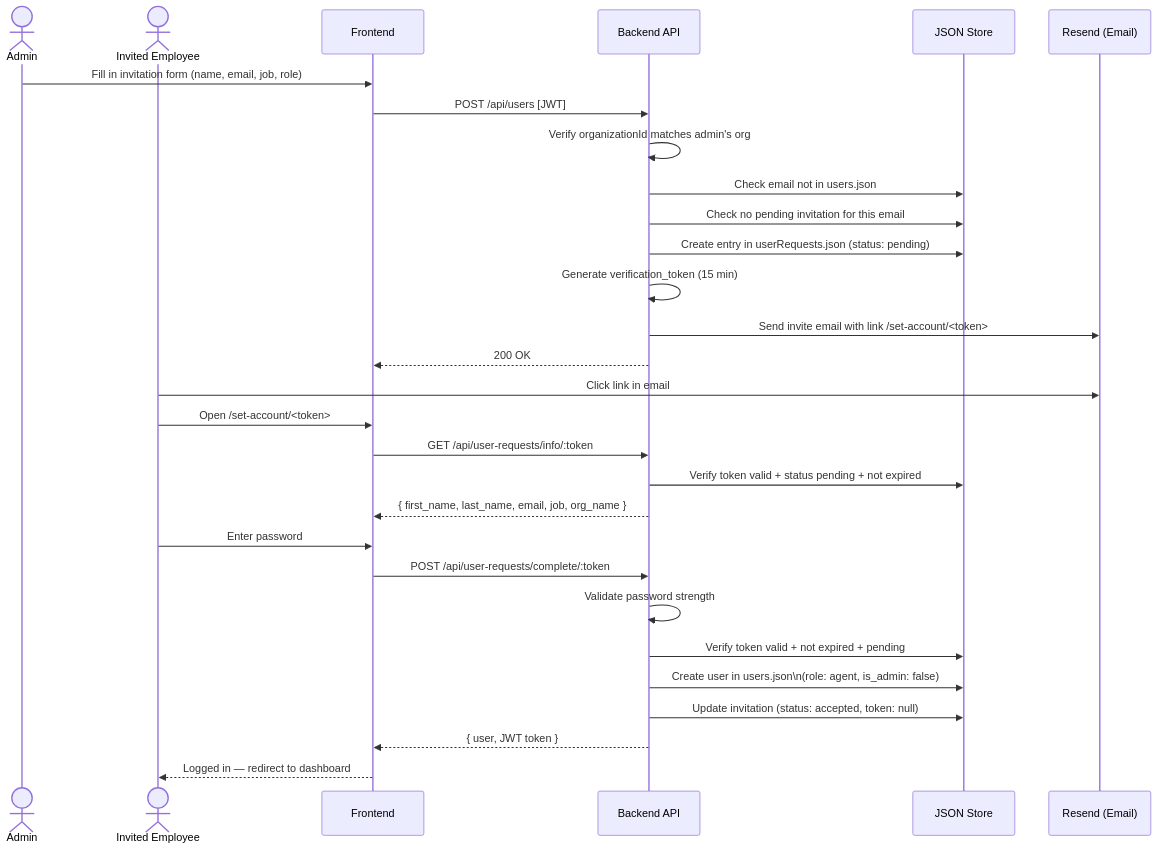
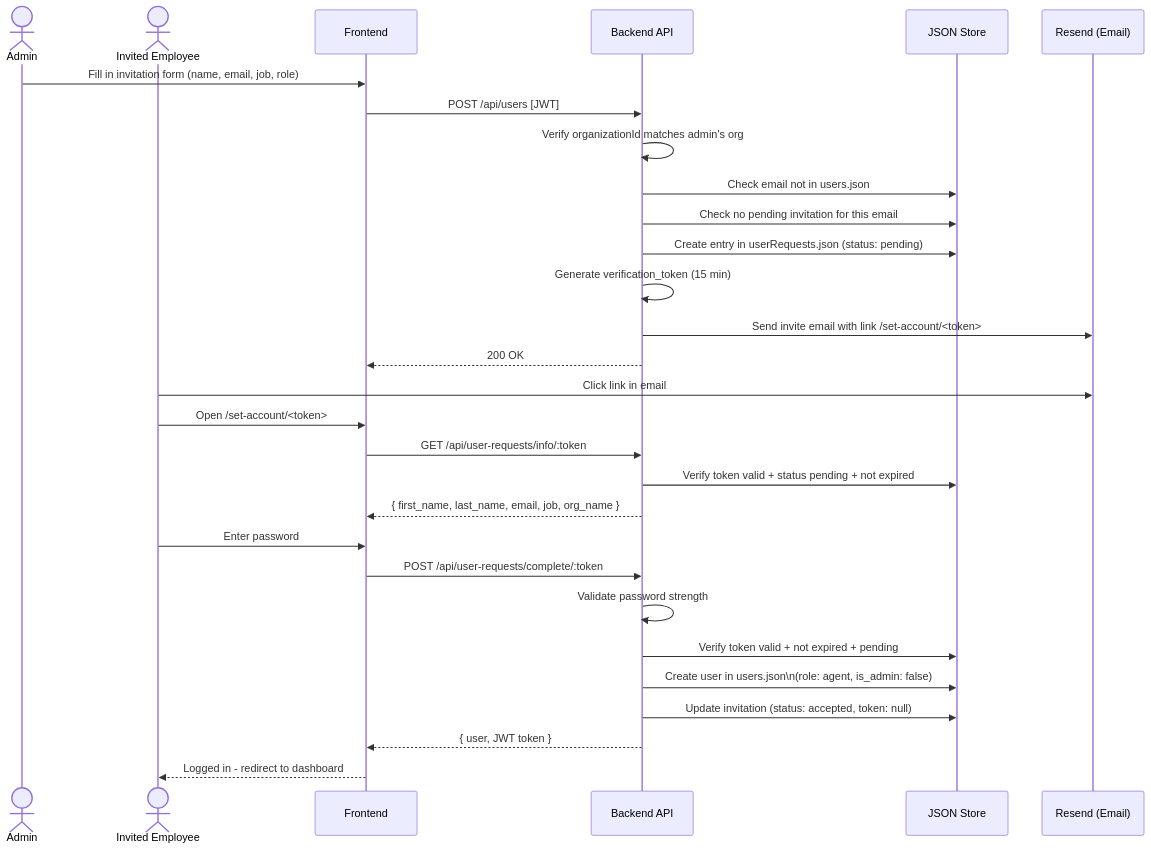
Before and after one commit to vlldnt/Synapses_ESMS: the third of 5 diagrams in README.md, drawn with Mermaid. The commit also changed other lines of this file and 50 other files, not shown here.

````diff
--- a/README.md
+++ b/README.md
@@ -174,34 +174,34 @@
 ```mermaid
 sequenceDiagram
     actor Admin
     actor Employee as Invited Employee
     participant Front as Frontend
     participant API as Backend API
     participant Store as JSON Store
     participant Mail as Resend (Email)
 
     Admin->>Front: Fill in invitation form (name, email, job, role)
     Front->>API: POST /api/users [JWT]
     API->>API: Verify organizationId matches admin's org
     API->>Store: Check email not in users.json
     API->>Store: Check no pending invitation for this email
     API->>Store: Create entry in userRequests.json (status: pending)
     API->>API: Generate verification_token (15 min)
     API->>Mail: Send invite email with link /set-account/<token>
     API-->>Front: 200 OK
 
     Employee->>Mail: Click link in email
     Employee->>Front: Open /set-account/<token>
     Front->>API: GET /api/user-requests/info/:token
     API->>Store: Verify token valid + status pending + not expired
     API-->>Front: { first_name, last_name, email, job, org_name }
 
     Employee->>Front: Enter password
     Front->>API: POST /api/user-requests/complete/:token
     API->>API: Validate password strength
     API->>Store: Verify token valid + not expired + pending
     API->>Store: Create user in users.json\n(role: agent, is_admin: false)
     API->>Store: Update invitation (status: accepted, token: null)
     API-->>Front: { user, JWT token }
-    Front-->>Employee: Logged in — redirect to dashboard
+    Front-->>Employee: Logged in - redirect to dashboard
 ```
````
